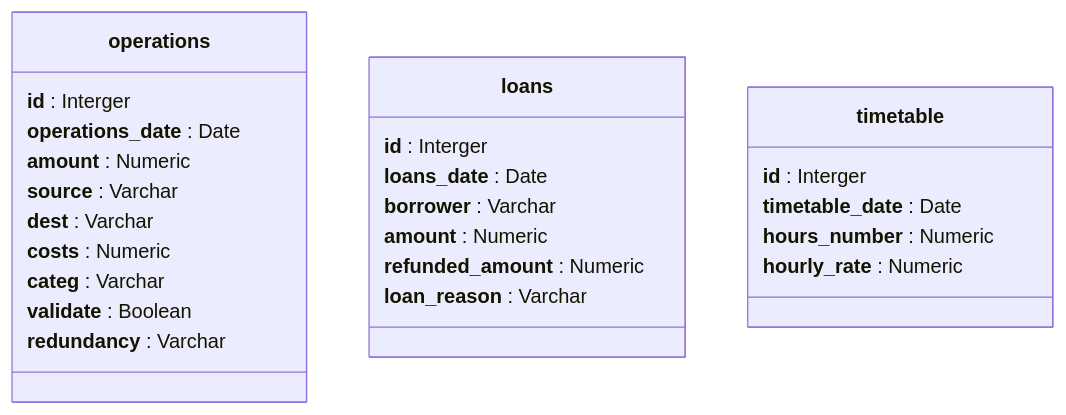
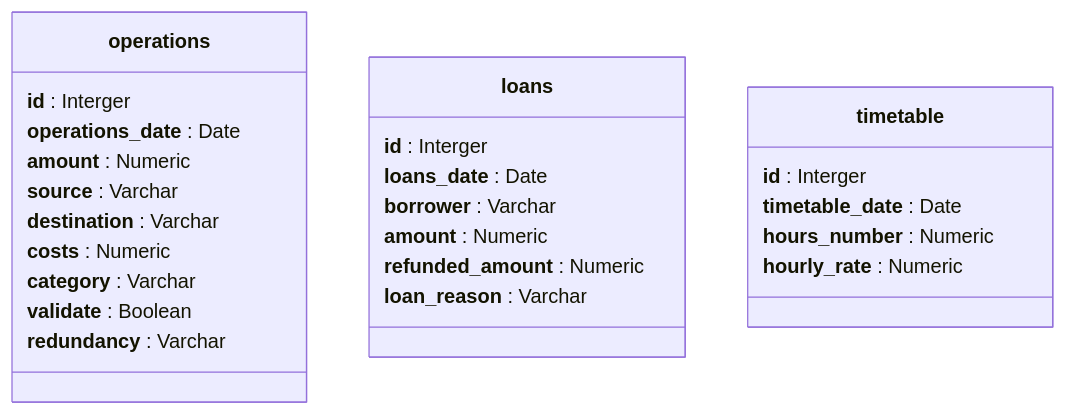
Before and after one commit to FloRobart/Econoris_server: the second of 2 diagrams in README.md, drawn with Mermaid. The commit also changed other lines of this file and 9 other files, not shown here.

````diff
--- a/README.md
+++ b/README.md
@@ -60,32 +60,32 @@
 ```mermaid
 classDiagram
   direction TB
 
   class operations{
     **id** : Interger
     **operations_date** : Date
     **amount** : Numeric
     **source** : Varchar
-    **dest** : Varchar
+    **destination** : Varchar
     **costs** : Numeric
-    **categ** : Varchar
+    **category** : Varchar
     **validate** : Boolean
     **redundancy** : Varchar
   }
 
   class loans {
     **id** : Interger
     **loans_date** : Date
     **borrower** : Varchar
     **amount** : Numeric
     **refunded_amount** : Numeric
     **loan_reason** : Varchar
   }
 
   class timetable{
     **id** : Interger
     **timetable_date** : Date
     **hours_number** : Numeric
     **hourly_rate** : Numeric
   }
 ```
````
